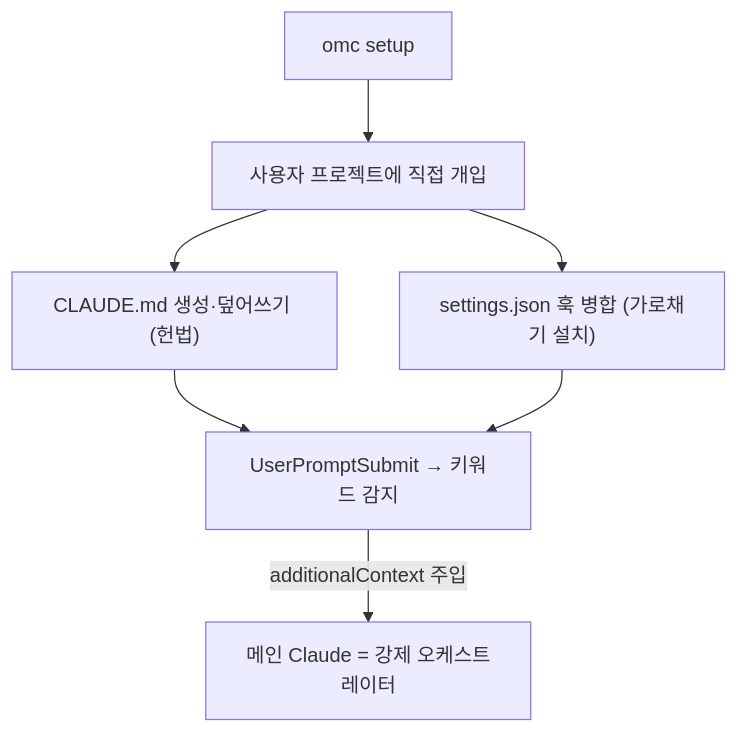
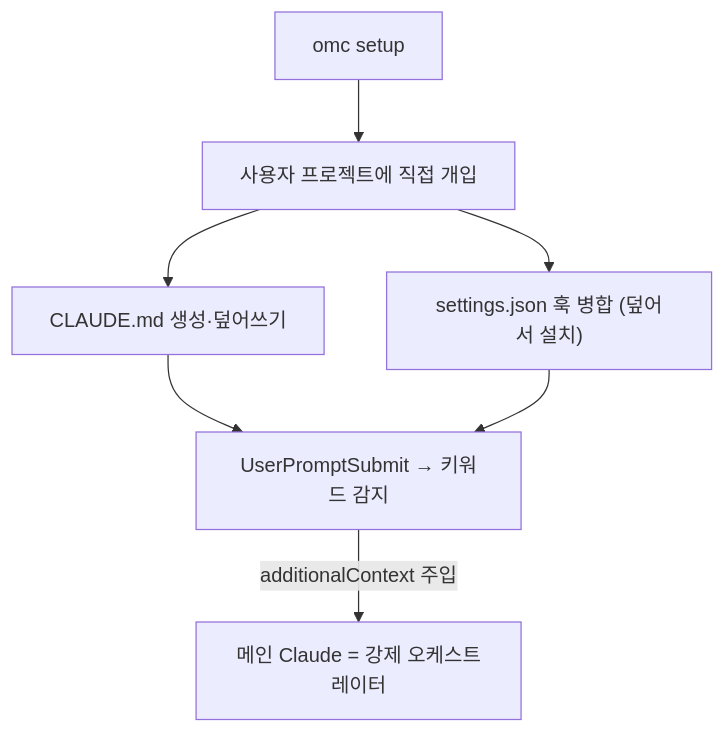
One commit to RJ-Stony/injoy changed the third of 4 diagrams in src/content/posts/harness-9-orchestration.md. Above: the diagram before and after it, drawn with Mermaid. The commit also changed other lines of this file and 1 other file, not shown here.

````diff
--- a/src/content/posts/harness-9-orchestration.md
+++ b/src/content/posts/harness-9-orchestration.md
@@ -95,8 +95,8 @@
 ```mermaid
 flowchart TD
     S["omc setup"] --> O["사용자 프로젝트에 직접 개입"]
-    O --> C["CLAUDE.md 생성·덮어쓰기 (헌법)"]
-    O --> J["settings.json 훅 병합 (가로채기 설치)"]
+    O --> C["CLAUDE.md 생성·덮어쓰기"]
+    O --> J["settings.json 훅 병합 (덮어서 설치)"]
     C & J --> K["UserPromptSubmit → 키워드 감지"]
     K -->|"additionalContext 주입"| F["메인 Claude = 강제 오케스트레이터"]
 ```
````
